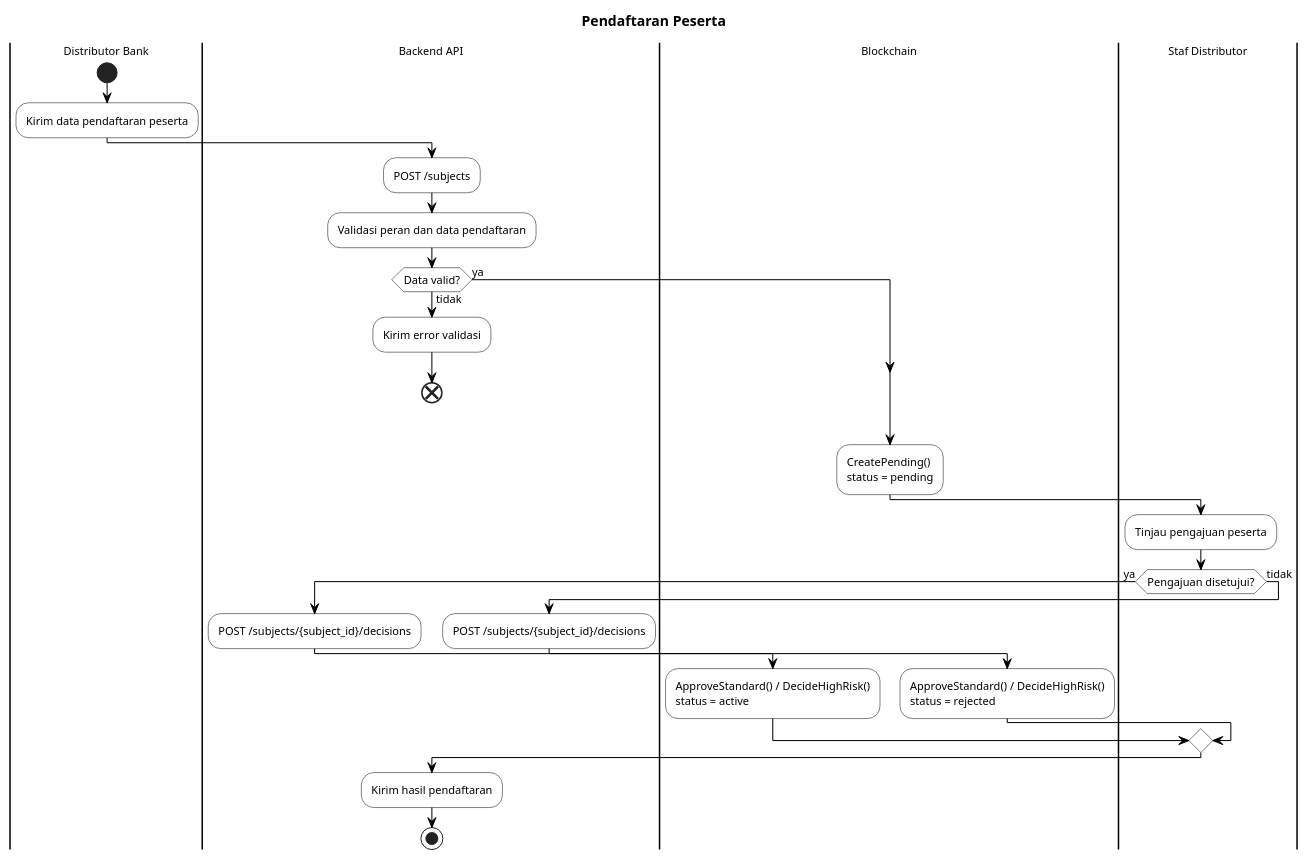
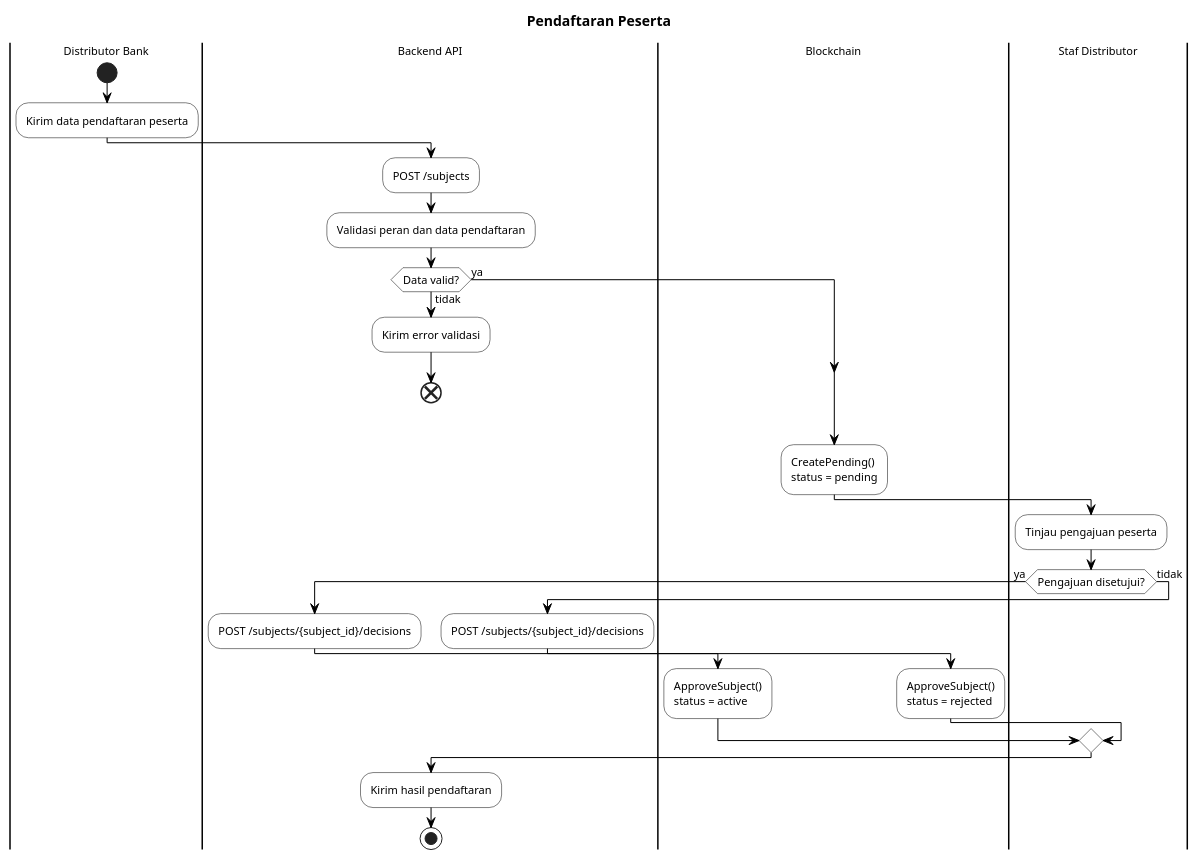
Before and after one commit to mfachrizalg/bi-coin: the first of 7 diagrams in bi-coin-fabric/docs/diagrams/plantuml/activity-diagrams.puml, drawn with PlantUML. The commit also changed other lines of this file and 37 other files, not shown here.

```diff
--- a/bi-coin-fabric/docs/diagrams/plantuml/activity-diagrams.puml
+++ b/bi-coin-fabric/docs/diagrams/plantuml/activity-diagrams.puml
@@ -1,53 +1,53 @@
 @startuml AD01-Pendaftaran-Peserta
 skinparam monochrome true
 skinparam defaultFontSize 11
 skinparam activityFontSize 11
 skinparam activityBackgroundColor white
 skinparam activityBorderColor black
 skinparam activityDiamondBackgroundColor white
 skinparam activityDiamondBorderColor black
 skinparam arrowColor black
 skinparam noteBackgroundColor white
 skinparam noteBorderColor black
 skinparam swimlaneBorderColor black
 skinparam partitionBorderColor black
 
 title Pendaftaran Peserta
 
 |Distributor Bank|
 start
 :Kirim data pendaftaran peserta;
 
 |Backend API|
 :POST /subjects;
 :Validasi peran dan data pendaftaran;
 if (Data valid?) then (tidak)
   :Kirim error validasi;
   end
 else (ya)
 endif
 
 |Blockchain|
 :CreatePending()
 status = pending;
 
 |Staf Distributor|
 :Tinjau pengajuan peserta;
 if (Pengajuan disetujui?) then (ya)
   |Backend API|
   :POST /subjects/{subject_id}/decisions;
   |Blockchain|
-  :ApproveStandard() / DecideHighRisk()
+  :ApproveSubject()
   status = active;
 else (tidak)
   |Backend API|
   :POST /subjects/{subject_id}/decisions;
   |Blockchain|
-  :ApproveStandard() / DecideHighRisk()
+  :ApproveSubject()
   status = rejected;
 endif
 
 |Backend API|
 :Kirim hasil pendaftaran;
 stop
 @enduml
```
